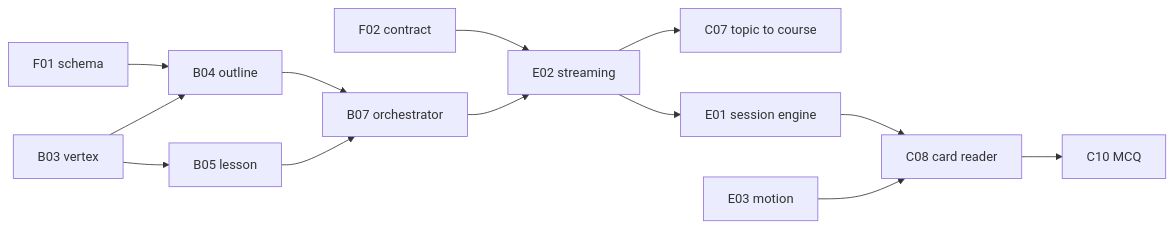
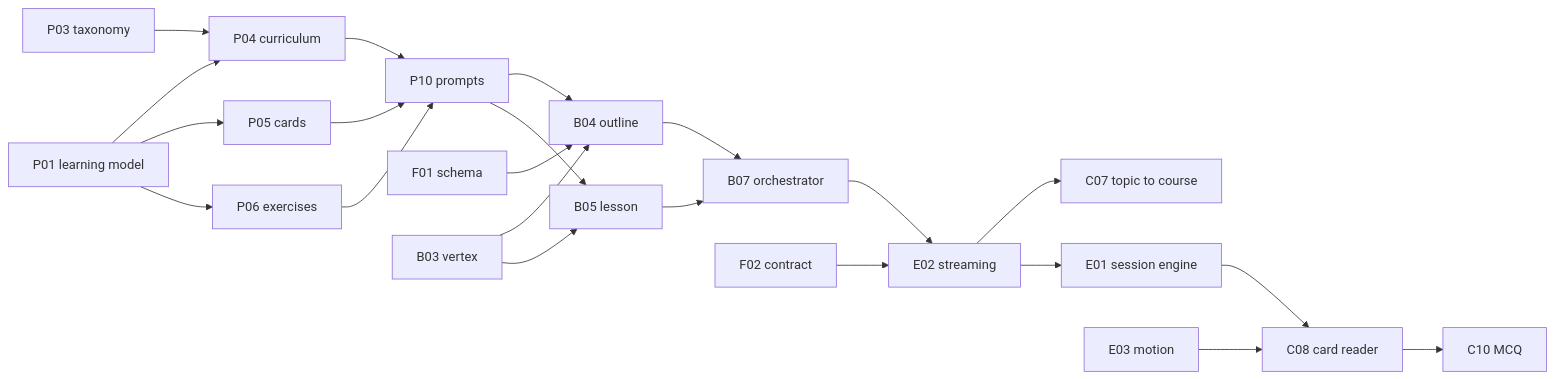
The second of 2 diagrams in docs/modules/README.md (hola-manan/playwright), drawn with Mermaid before and after one commit. The commit also changed other lines of this file and 50 other files, not shown here.

````diff
--- a/docs/modules/README.md
+++ b/docs/modules/README.md
@@ -155,15 +237,24 @@
 ```mermaid
 graph LR
-    F01[F01 schema] --> B04[B04 outline]
-    F02[F02 contract] --> E02[E02 streaming]
+    P01[P01 learning model] --> P04[P04 curriculum]
+    P01 --> P05[P05 cards]
+    P01 --> P06[P06 exercises]
+    P03[P03 taxonomy] --> P04
+    P04 --> P10[P10 prompts]
+    P05 --> P10
+    P06 --> P10
+    P10 --> B04[B04 outline]
+    P10 --> B05[B05 lesson]
+    F01[F01 schema] --> B04
     B03[B03 vertex] --> B04
-    B03 --> B05[B05 lesson]
+    B03 --> B05
     B04 --> B07[B07 orchestrator]
     B05 --> B07
-    B07 --> E02
+    B07 --> E02[E02 streaming]
+    F02[F02 contract] --> E02
     E02 --> C07[C07 topic to course]
     E02 --> E01[E01 session engine]
     E01 --> C08[C08 card reader]
     E03[E03 motion] --> C08
     C08 --> C10[C10 MCQ]
 ```
````
